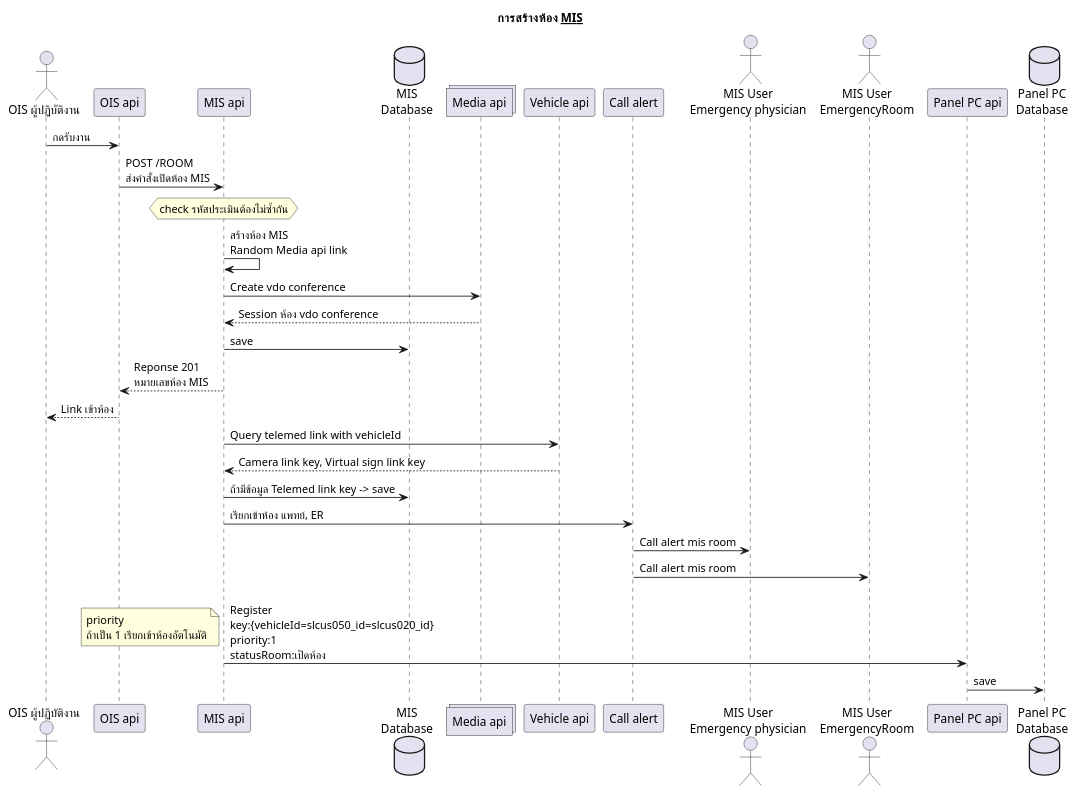
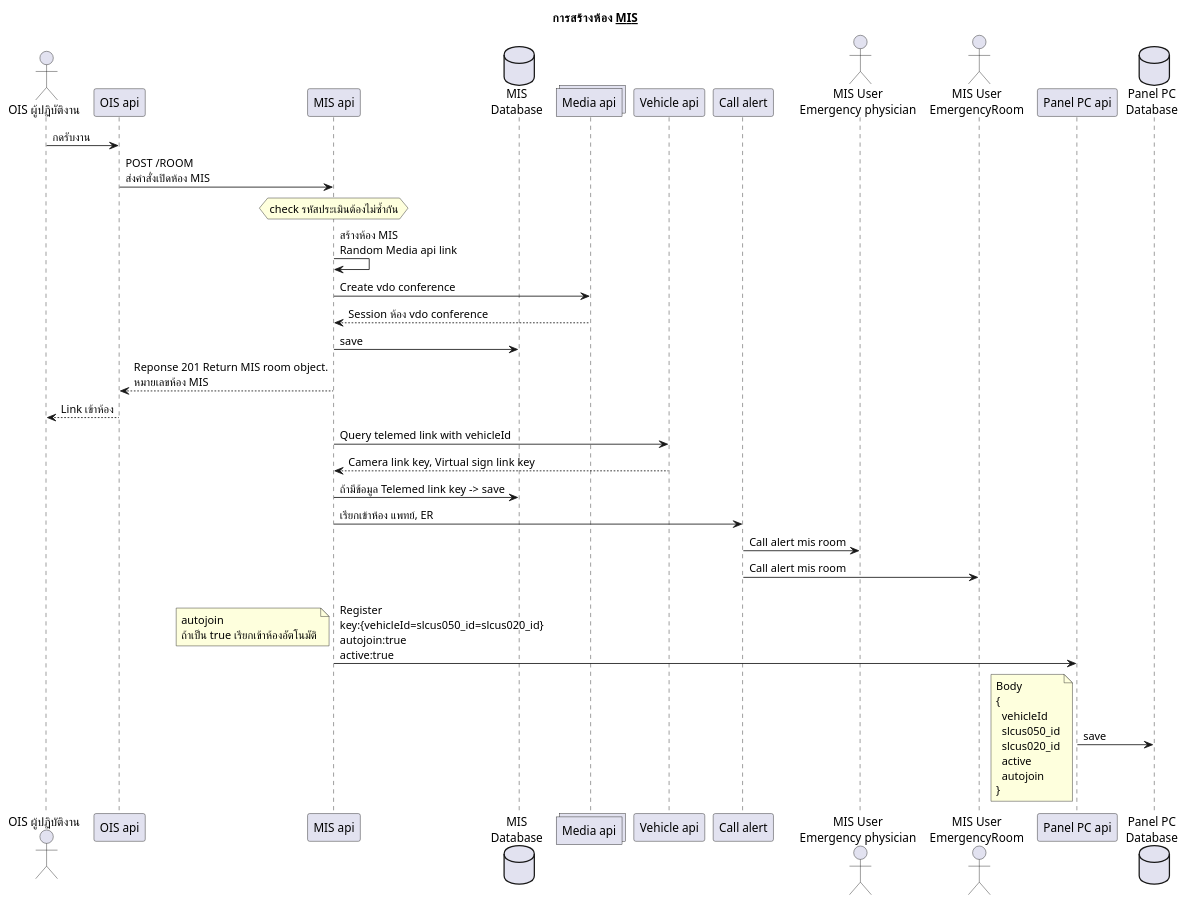
The diagram in uml/new_create_mis.plantuml (lionants02/mis-api-doc), drawn with PlantUML before and after one commit. The commit also changed 1 other file, not shown here.

```diff
--- a/uml/new_create_mis.plantuml
+++ b/uml/new_create_mis.plantuml
@@ -1,37 +1,47 @@
 @startuml
 Title การสร้างห้อง __MIS__
   actor "OIS ผู้ปฏิบัติงาน" as OIS
   OIS -> "OIS api": กดรับงาน
   "OIS api"-> "MIS api": POST /ROOM\nส่งคำสั่งเปิดห้อง MIS
 
   hnote over "MIS api"
     check รหัสประเมินต้องไม่ซ้ำกัน
   endnote
   "MIS api" -> "MIS api": สร้างห้อง MIS\nRandom Media api link
 
   database "MIS\nDatabase" as misdb
 
   collections "Media api" as MediaApi
   "MIS api" -> MediaApi: Create vdo conference
   "MIS api" <-- MediaApi: Session ห้อง vdo conference
   "MIS api" -> misdb: save
 
-  "OIS api"<-- "MIS api": Reponse 201\nหมายเลขห้อง MIS
+  "OIS api"<-- "MIS api": Reponse 201 Return MIS room object.\nหมายเลขห้อง MIS
   OIS <-- "OIS api": Link เข้าห้อง
 
   "MIS api" -> "Vehicle api": Query telemed link with vehicleId
   "MIS api" <-- "Vehicle api": Camera link key, Virtual sign link key
   "MIS api" -> misdb: ถ้ามีข้อมูล Telemed link key -> save
   "MIS api" -> "Call alert": เรียกเข้าห้อง แพทย์, ER
 
   actor "MIS User\nEmergency physician" as MD
   actor "MIS User\nEmergencyRoom" as ER
 
   "Call alert" -> MD: Call alert mis room
   "Call alert" -> ER: Call alert mis room
 
-  "MIS api" -> "Panel PC api": \nRegister\nkey:{vehicleId=slcus050_id=slcus020_id}\npriority:1\nstatusRoom:เปิดห้อง
-  note left: priority\nถ้าเป็น 1 เรียกเข้าห้องอัตโนมัติ
+  "MIS api" -> "Panel PC api": \nRegister\nkey:{vehicleId=slcus050_id=slcus020_id}\nautojoin:true\nactive:true
+  note left: autojoin\nถ้าเป็น true เรียกเข้าห้องอัตโนมัติ
   database "Panel PC\nDatabase" as paneldb
   "Panel PC api" -> paneldb: save
+  note left
+    Body
+    {
+      vehicleId
+      slcus050_id
+      slcus020_id
+      active
+      autojoin
+    }
+  endnote
 @enduml
```
